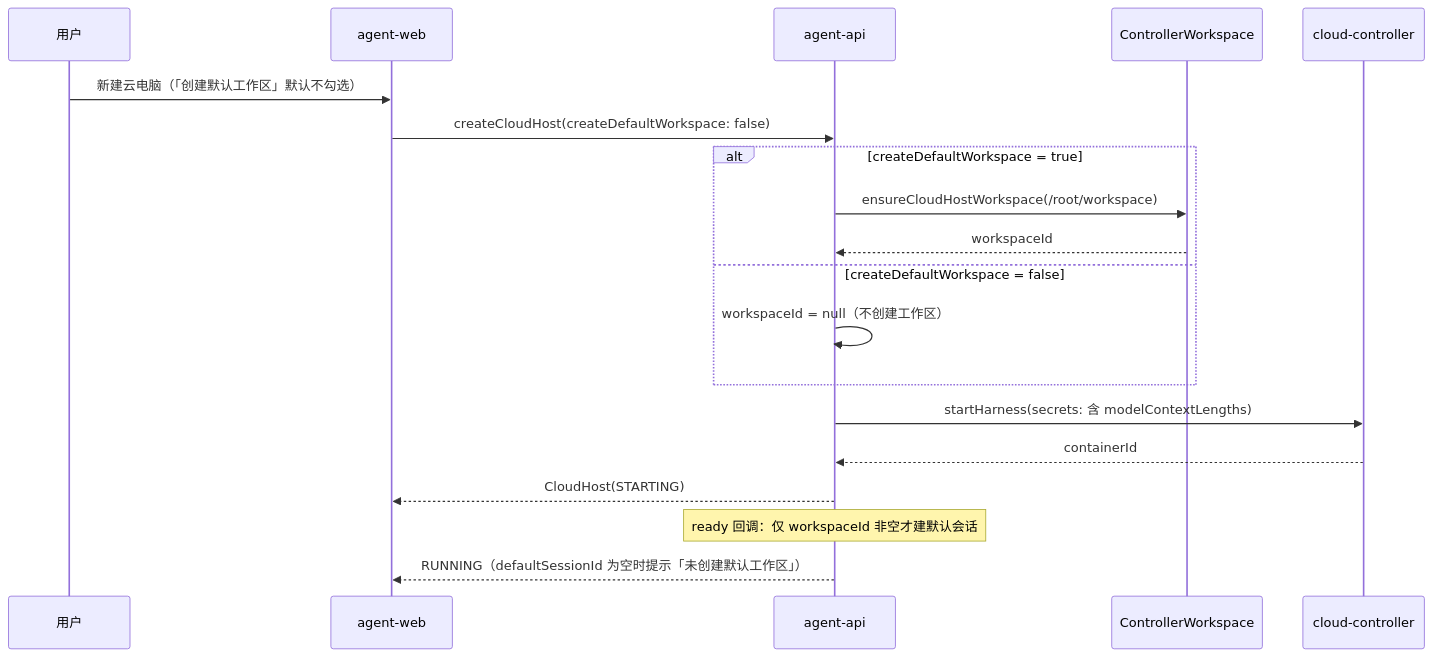
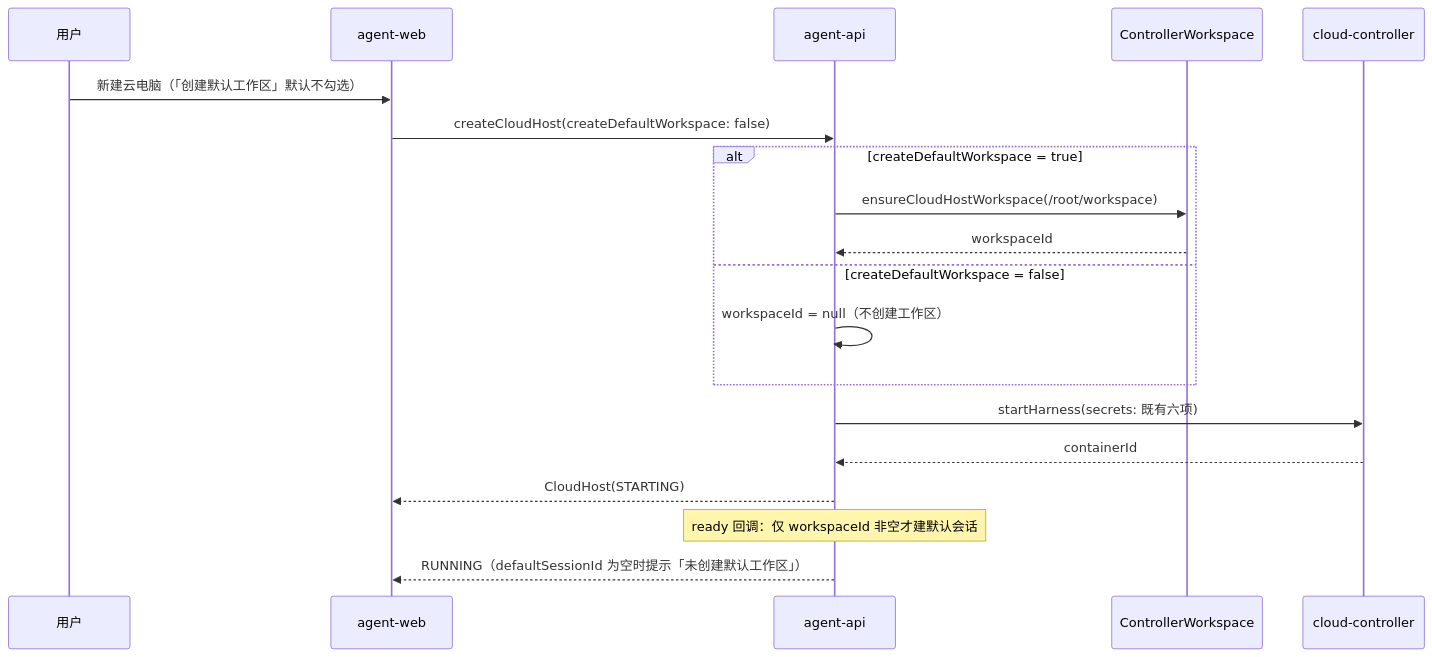
One commit to Deliay/z-agent-gear changed the third of 4 diagrams in docs/engineering/proposals/20261023-feat-cloud-container-optimization-phase2.md. Above: the diagram before and after it, drawn with Mermaid. The commit also changed other lines of this file and 2 other files, not shown here.

````diff
--- a/docs/engineering/proposals/20261023-feat-cloud-container-optimization-phase2.md
+++ b/docs/engineering/proposals/20261023-feat-cloud-container-optimization-phase2.md
@@ -247,22 +252,22 @@
 ```mermaid
 sequenceDiagram
     participant U as 用户
     participant AW as agent-web
     participant AA as agent-api
     participant CW as ControllerWorkspace
     participant CC as cloud-controller
 
     U->>AW: 新建云电脑（「创建默认工作区」默认不勾选）
     AW->>AA: createCloudHost(createDefaultWorkspace: false)
     alt createDefaultWorkspace = true
         AA->>CW: ensureCloudHostWorkspace(/root/workspace)
         CW-->>AA: workspaceId
     else createDefaultWorkspace = false
         AA->>AA: workspaceId = null（不创建工作区）
     end
-    AA->>CC: startHarness(secrets: 含 modelContextLengths)
+    AA->>CC: startHarness(secrets: 既有六项)
     CC-->>AA: containerId
     AA-->>AW: CloudHost(STARTING)
     Note over AA: ready 回调：仅 workspaceId 非空才建默认会话
     AA-->>AW: RUNNING（defaultSessionId 为空时提示「未创建默认工作区」）
 ```
````
